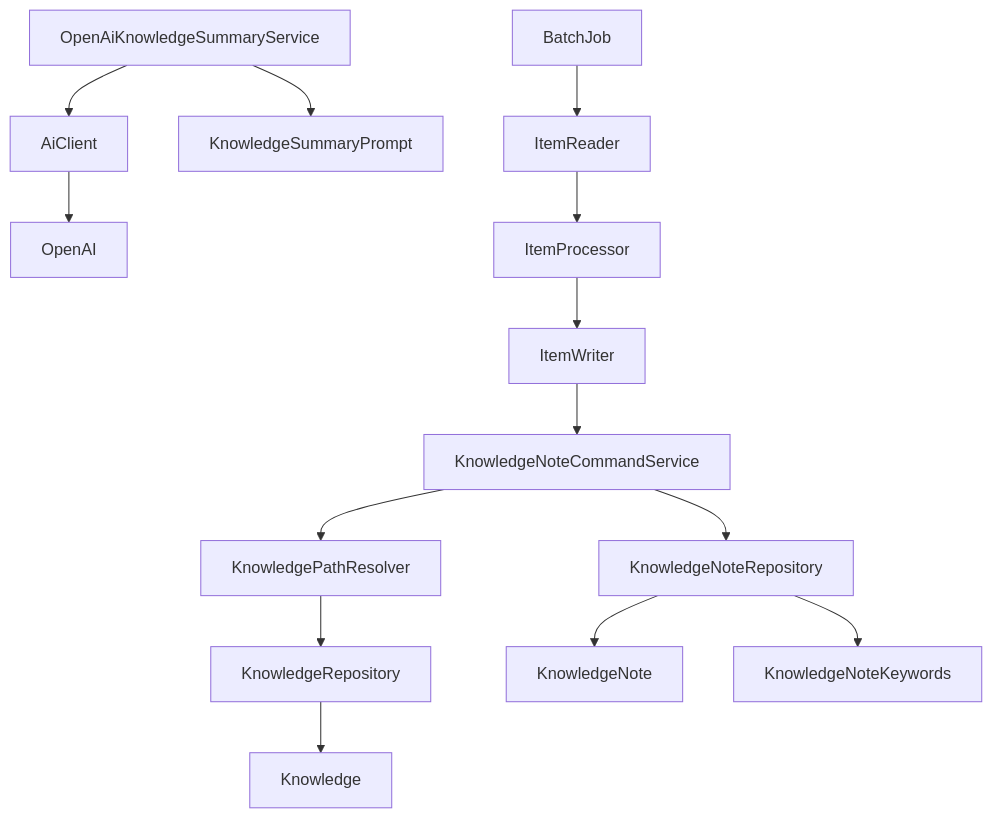
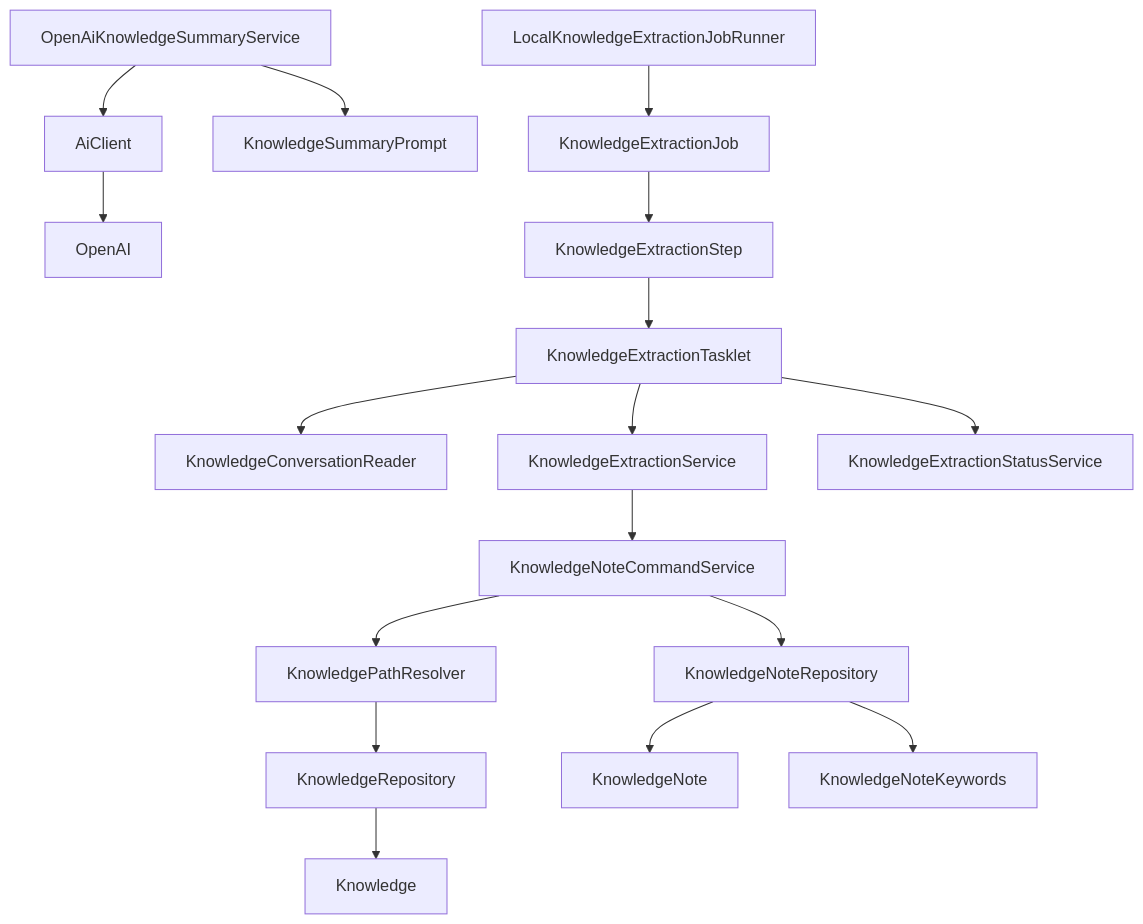
Before and after one commit to keunoh/feldbuch: the fourth of 8 diagrams in docs/FELDBUCH_DEVELOPMENT_DOCUMENTATION.md, drawn with Mermaid. The commit also changed other lines of this file and 3 other files, not shown here.

First line of the commit message:
docs(batch): Knowledge 추출 배치 문서 최신화

````diff
--- a/docs/FELDBUCH_DEVELOPMENT_DOCUMENTATION.md
+++ b/docs/FELDBUCH_DEVELOPMENT_DOCUMENTATION.md
@@ -424,19 +456,22 @@
 ```mermaid
 flowchart TD
     OpenAiKnowledgeSummaryService --> AiClient
     OpenAiKnowledgeSummaryService --> KnowledgeSummaryPrompt
     AiClient --> OpenAI
 
     KnowledgeNoteCommandService --> KnowledgePathResolver
     KnowledgeNoteCommandService --> KnowledgeNoteRepository
     KnowledgePathResolver --> KnowledgeRepository
 
     KnowledgeRepository --> Knowledge
     KnowledgeNoteRepository --> KnowledgeNote
     KnowledgeNoteRepository --> KnowledgeNoteKeywords
 
-    BatchJob --> ItemReader
-    ItemReader --> ItemProcessor
-    ItemProcessor --> ItemWriter
-    ItemWriter --> KnowledgeNoteCommandService
+    LocalKnowledgeExtractionJobRunner --> KnowledgeExtractionJob
+    KnowledgeExtractionJob --> KnowledgeExtractionStep
+    KnowledgeExtractionStep --> KnowledgeExtractionTasklet
+    KnowledgeExtractionTasklet --> KnowledgeConversationReader
+    KnowledgeExtractionTasklet --> KnowledgeExtractionService
+    KnowledgeExtractionTasklet --> KnowledgeExtractionStatusService
+    KnowledgeExtractionService --> KnowledgeNoteCommandService
 ```
````
